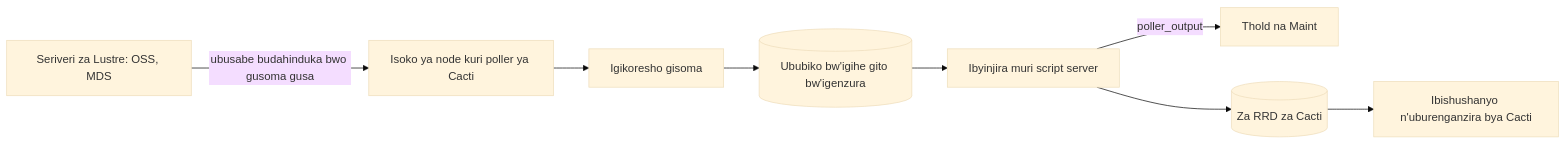
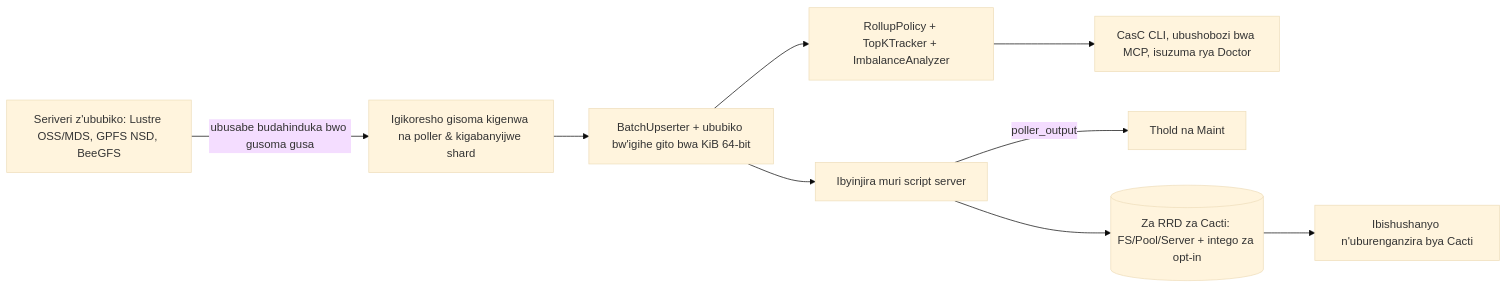
One commit to somethingwithproof/plugin_pfs changed the diagram in docs/i18n/rw-RW/README.md. Above: the diagram before and after it, drawn with Mermaid (base theme). The commit also changed other lines of this file and 47 other files, not shown here.

````diff
--- a/docs/i18n/rw-RW/README.md
+++ b/docs/i18n/rw-RW/README.md
@@ -64,10 +72,11 @@
 ```mermaid
 flowchart LR
-    N[Seriveri za Lustre: OSS, MDS] -->|ubusabe budahinduka bwo gusoma gusa| S[Isoko ya node kuri poller ya Cacti]
-    S --> R[Igikoresho gisoma]
-    R --> C[(Ububiko bw'igihe gito bw'igenzura)]
-    C --> SS[Ibyinjira muri script server]
-    SS -->|poller_output| T[Thold na Maint]
-    SS --> RRD[(Za RRD za Cacti)]
-    RRD --> G[Ibishushanyo n'uburenganzira bya Cacti]
+    N["Seriveri z'ububiko: Lustre OSS/MDS, GPFS NSD, BeeGFS"] -->|ubusabe budahinduka bwo gusoma gusa| S["Igikoresho gisoma kigenwa na poller & kigabanyijwe shard"]
+    S --> B["BatchUpserter + ububiko bw'igihe gito bwa KiB 64-bit"]
+    B --> R["RollupPolicy + TopKTracker + ImbalanceAnalyzer"]
+    B --> SS["Ibyinjira muri script server"]
+    R --> ECO["CasC CLI, ubushobozi bwa MCP, isuzuma rya Doctor"]
+    SS -->|poller_output| T["Thold na Maint"]
+    SS --> RRD[("Za RRD za Cacti: FS/Pool/Server + intego za opt-in")]
+    RRD --> G["Ibishushanyo n'uburenganzira bya Cacti"]
 ```
````
